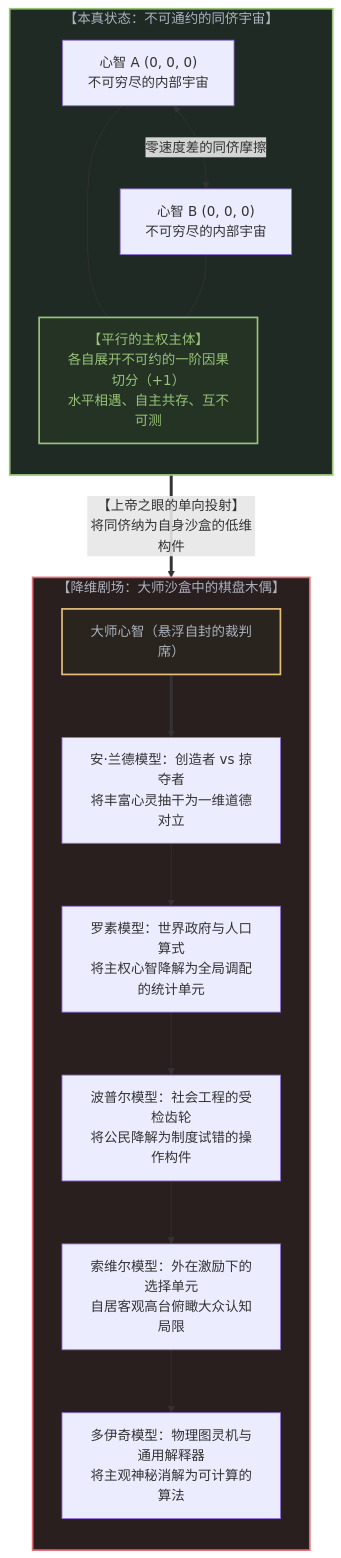
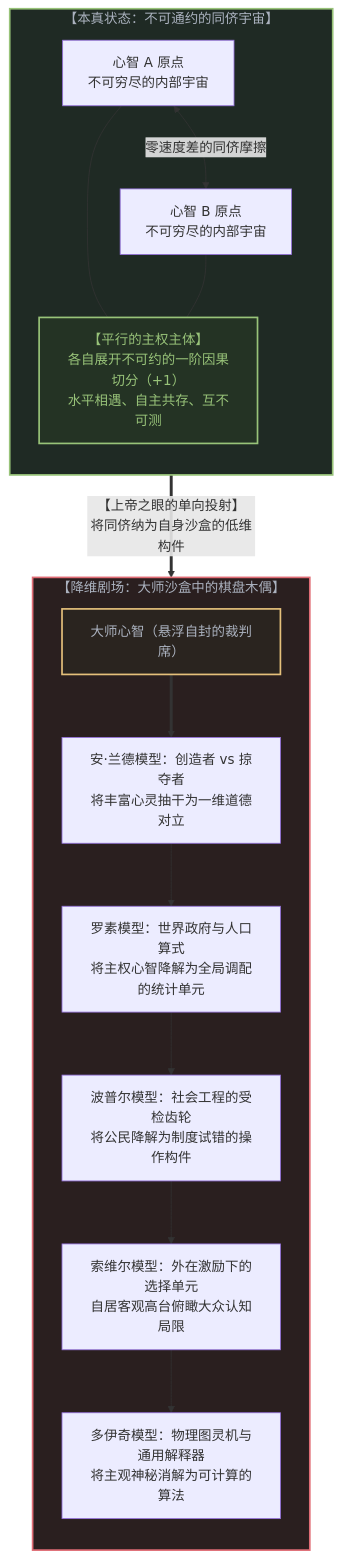
Before and after one commit to powerpig99/not-a-toe: the fifth of 10 diagrams in content/posts/the-invisible-gods-eye.md, drawn with Mermaid. The commit also changed other lines of this file and 15 other files, not shown here.

````diff
--- a/content/posts/the-invisible-gods-eye.md
+++ b/content/posts/the-invisible-gods-eye.md
@@ -181,37 +181,37 @@
 ```mermaid
 graph TD
     subgraph ParallelUniverses["【本真状态：不可通约的同侪宇宙】"]
         direction TB
-        Mind1["心智 A (0, 0, 0)<br>不可穷尽的内部宇宙"]
-        Mind2["心智 B (0, 0, 0)<br>不可穷尽的内部宇宙"]
+        Mind1["心智 A 原点<br>不可穷尽的内部宇宙"]
+        Mind2["心智 B 原点<br>不可穷尽的内部宇宙"]
         MutualRespect["【平行的主权主体】<br>各自展开不可约的一阶因果切分（+1）<br>水平相遇、自主共存、互不可测"]
 
         Mind1 <-->|"零速度差的同侪摩擦"| Mind2
         Mind1 --- MutualRespect
         Mind2 --- MutualRespect
     end
 
     ParallelUniverses ==>|"【上帝之眼的单向投射】<br>将同侪纳为自身沙盒的低维构件"| FlattenedTheater
 
     subgraph FlattenedTheater["【降维剧场：大师沙盒中的棋盘木偶】"]
         direction TB
         MasterMind["大师心智（悬浮自封的裁判席）"]
         
         RandCut["安·兰德模型：创造者 vs 掠夺者<br>将丰富心灵抽干为一维道德对立"]
         RussellCut["罗素模型：世界政府与人口算式<br>将主权心智降解为全局调配的统计单元"]
         PopperCut["波普尔模型：社会工程的受检齿轮<br>将公民降解为制度试错的操作构件"]
         SowellCut["索维尔模型：外在激励下的选择单元<br>自居客观高台俯瞰大众认知局限"]
         DeutschCut["多伊奇模型：物理图灵机与通用解释器<br>将主观神秘消解为可计算的算法"]
 
         MasterMind ==> RandCut
         RandCut --> RussellCut
         RussellCut --> PopperCut
         PopperCut --> SowellCut
         SowellCut --> DeutschCut
     end
 
     style ParallelUniverses fill:#1f2a24,stroke:#98c379,stroke-width:2px,color:#abb2bf
     style FlattenedTheater fill:#2a1f1f,stroke:#e06c75,stroke-width:2px,color:#abb2bf
     style MutualRespect fill:#243324,stroke:#98c379,stroke-width:2px,color:#98c379
     style MasterMind fill:#2a241f,stroke:#e5c07b,stroke-width:2px,color:#abb2bf
 ```
````
